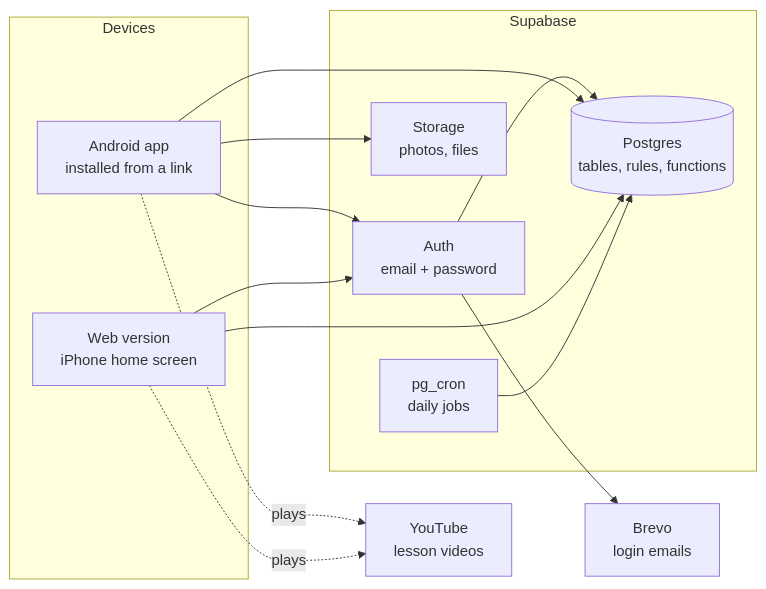
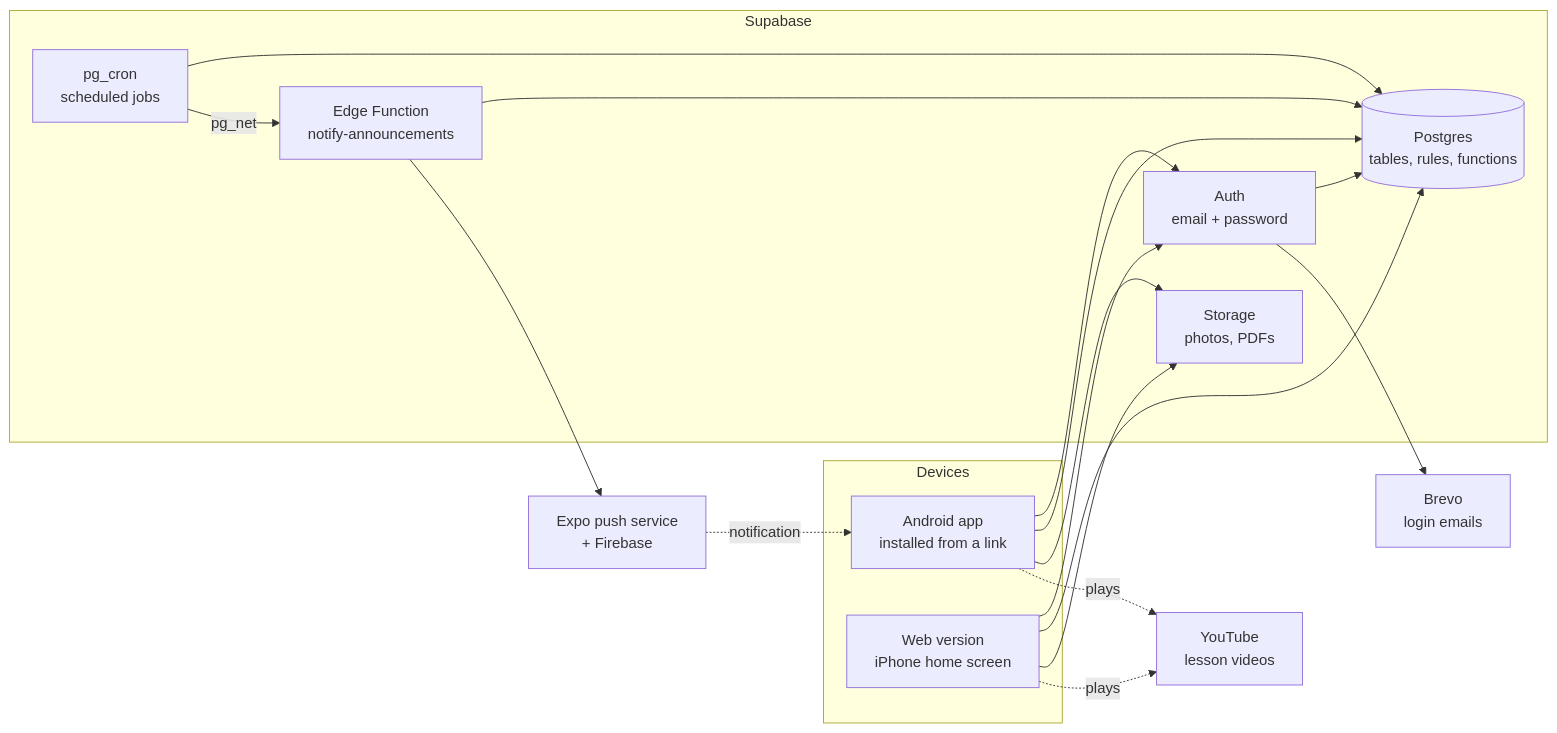
The diagram in docs/ARCHITECTURE.md (Praviadari/mridanga-seva), drawn with Mermaid before and after one commit. The commit also changed other lines of this file and 38 other files, not shown here.

First line of the commit message:
Announcement photos and PDFs, and Android push notifications

````diff
--- a/docs/ARCHITECTURE.md
+++ b/docs/ARCHITECTURE.md
@@ -7,25 +7,32 @@
 ```mermaid
 flowchart LR
   subgraph Devices
     A[Android app<br/>installed from a link]
     W[Web version<br/>iPhone home screen]
   end
   subgraph Supabase
     AU[Auth<br/>email + password]
     DB[(Postgres<br/>tables, rules, functions)]
-    ST[Storage<br/>photos, files]
-    CR[pg_cron<br/>daily jobs]
+    ST[Storage<br/>photos, PDFs]
+    CR[pg_cron<br/>scheduled jobs]
+    EF[Edge Function<br/>notify-announcements]
   end
   YT[YouTube<br/>lesson videos]
   BR[Brevo<br/>login emails]
+  EX[Expo push service<br/>+ Firebase]
   A --> AU
   W --> AU
   AU --> DB
   A --> DB
   W --> DB
   A --> ST
+  W --> ST
   CR --> DB
+  CR -- pg_net --> EF
+  EF --> DB
+  EF --> EX
+  EX -. notification .-> A
   AU --> BR
   A -. plays .-> YT
   W -. plays .-> YT
 ```
````
